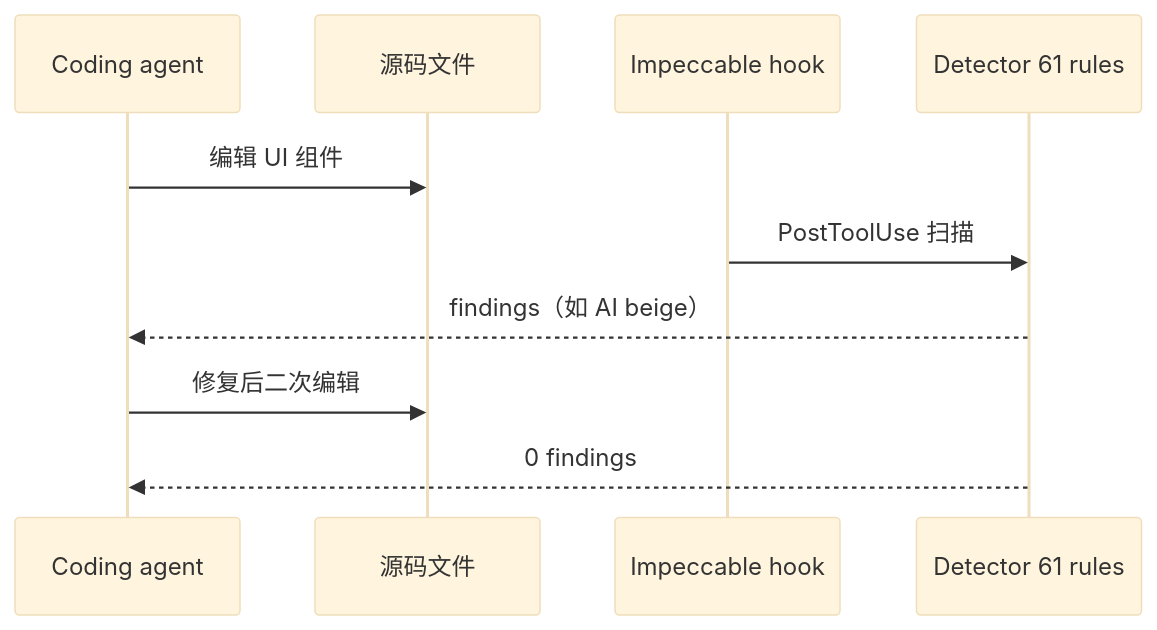
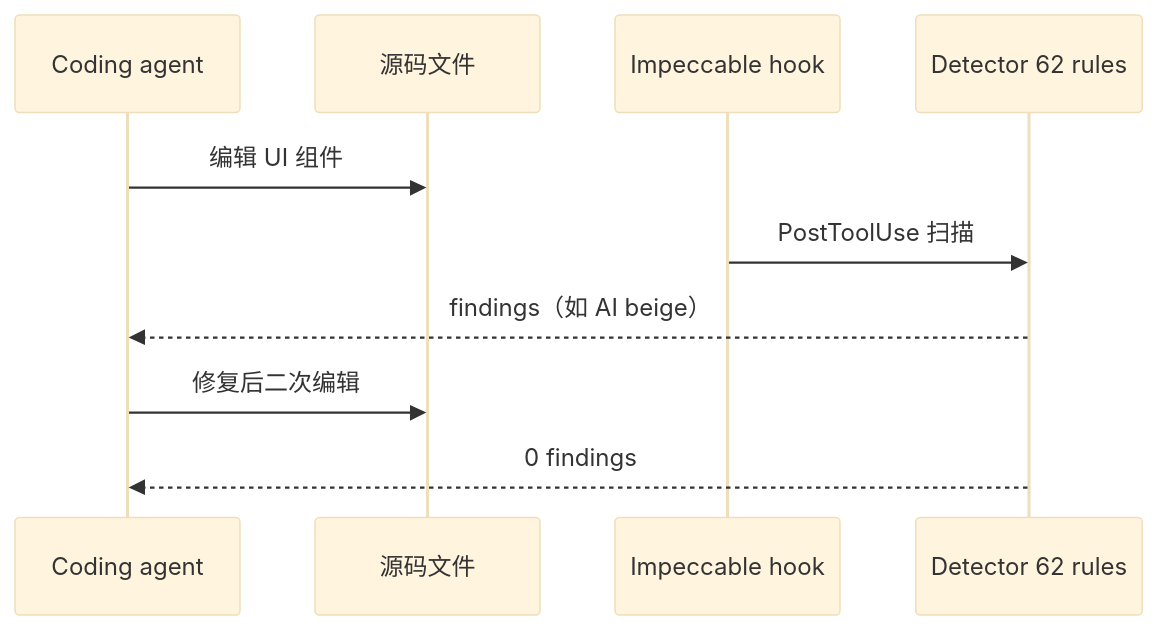
Before and after one commit to ImChong/Robotics_Notebooks: the diagram in wiki/entities/impeccable.md, drawn with Mermaid (base theme). The commit also changed other lines of this file, not shown here.

````diff
--- a/wiki/entities/impeccable.md
+++ b/wiki/entities/impeccable.md
@@ -65,12 +65,12 @@
 ```mermaid
 sequenceDiagram
   participant A as Coding agent
   participant F as 源码文件
   participant H as Impeccable hook
-  participant D as Detector 61 rules
+  participant D as Detector 62 rules
   A->>F: 编辑 UI 组件
   H->>D: PostToolUse 扫描
   D-->>A: findings（如 AI beige）
   A->>F: 修复后二次编辑
   D-->>A: 0 findings
 ```
````
